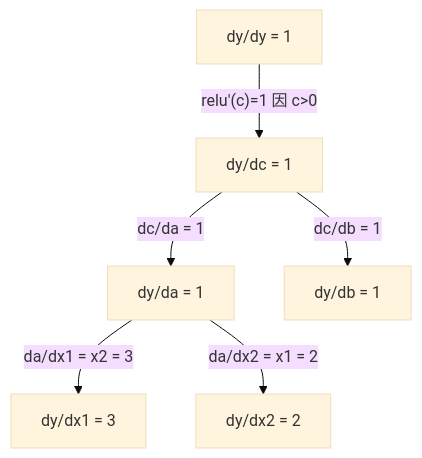
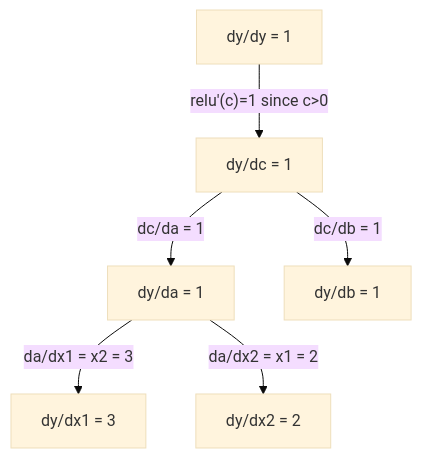
The second of 2 diagrams in phases/01-math-foundations/05-chain-rule-and-autodiff/docs/zh.md (omigaZen/ai-engineering-from-scratch), drawn with Mermaid (base theme) before and after one commit. The commit also changed other lines of this file and 32 other files, not shown here.

````diff
--- a/phases/01-math-foundations/05-chain-rule-and-autodiff/docs/zh.md
+++ b/phases/01-math-foundations/05-chain-rule-and-autodiff/docs/zh.md
@@ -76,8 +76,8 @@
 ```mermaid
 graph TD
-    dy["dy/dy = 1"] -->|"relu'(c)=1 因 c>0"| dc["dy/dc = 1"]
+    dy["dy/dy = 1"] -->|"relu'(c)=1 since c>0"| dc["dy/dc = 1"]
     dc -->|"dc/da = 1"| da["dy/da = 1"]
     dc -->|"dc/db = 1"| db["dy/db = 1"]
     da -->|"da/dx1 = x2 = 3"| dx1["dy/dx1 = 3"]
     da -->|"da/dx2 = x1 = 2"| dx2["dy/dx2 = 2"]
 ```
````
